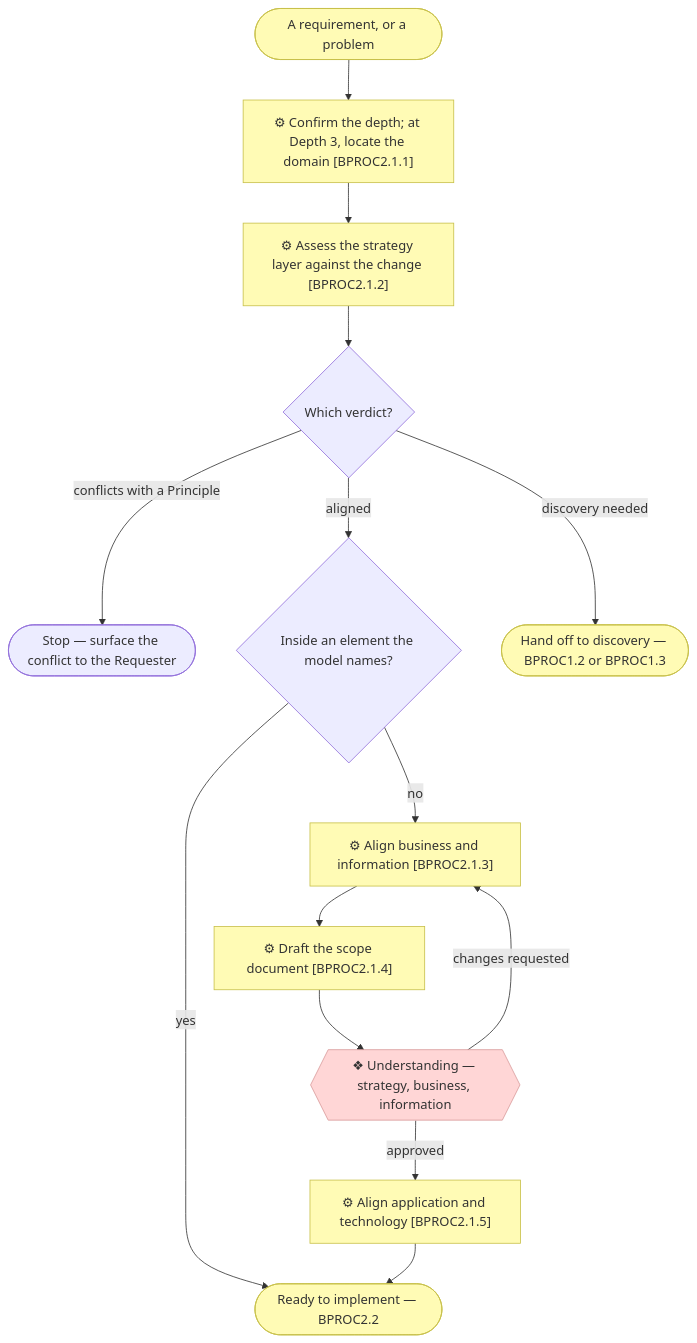
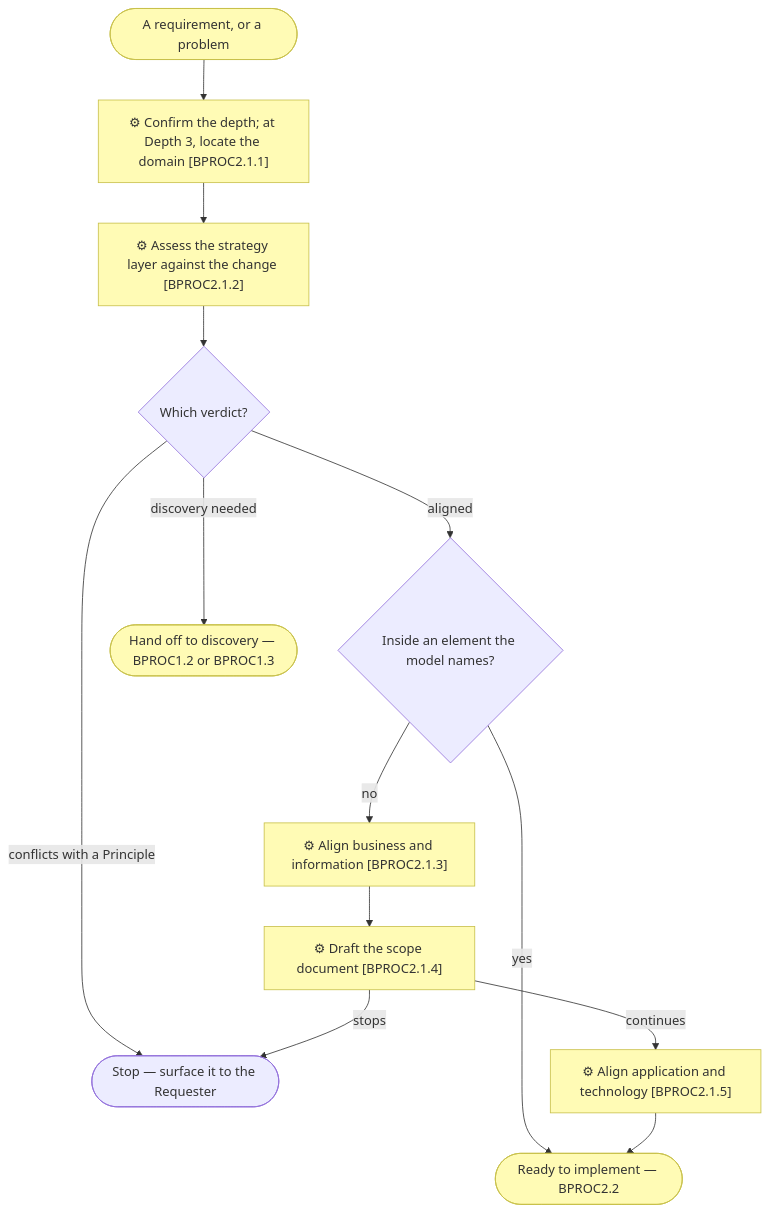
The diagram in docs/process/3_level-3-align-a-change.md (roanboc/archreator), drawn with Mermaid before and after one commit. The commit also changed other lines of this file and 49 other files, not shown here.

````diff
--- a/docs/process/3_level-3-align-a-change.md
+++ b/docs/process/3_level-3-align-a-change.md
@@ -9,29 +9,26 @@
 ```mermaid
 flowchart TD
   req(["A requirement, or a problem"])
   depth["⚙ Confirm the depth; at Depth 3, locate the domain [BPROC2.1.1]"]
   assess["⚙ Assess the strategy layer against the change [BPROC2.1.2]"]
   verdict{"Which verdict?"}
-  stop(["Stop — surface the conflict to the Requester"])
+  stop(["Stop — surface it to the Requester"])
   bugfix{"Inside an element the model names?"}
   walk23["⚙ Align business and information [BPROC2.1.3]"]
   scope["⚙ Draft the scope document [BPROC2.1.4]"]
-  g2{{"❖ Understanding — strategy, business, information"}}
   walk45["⚙ Align application and technology [BPROC2.1.5]"]
   out(["Ready to implement — BPROC2.2"])
   disc(["Hand off to discovery — BPROC1.2 or BPROC1.3"])
 
   req --> depth --> assess --> verdict
   verdict -->|discovery needed| disc
   verdict -->|conflicts with a Principle| stop
   verdict -->|aligned| bugfix
   bugfix -->|yes| out
-  bugfix -->|no| walk23 --> scope --> g2
-  g2 -->|changes requested| walk23
-  g2 -->|approved| walk45 --> out
+  bugfix -->|no| walk23 --> scope
+  scope -->|stops| stop
+  scope -->|continues| walk45 --> out
 
   classDef business fill:#fffbb5,stroke:#c8c04a,color:#333
-  classDef implementation fill:#ffd6d6,stroke:#d99b9b,color:#333
   class depth,assess,walk23,scope,walk45,req,out,disc business
-  class g2 implementation
 ```
````
